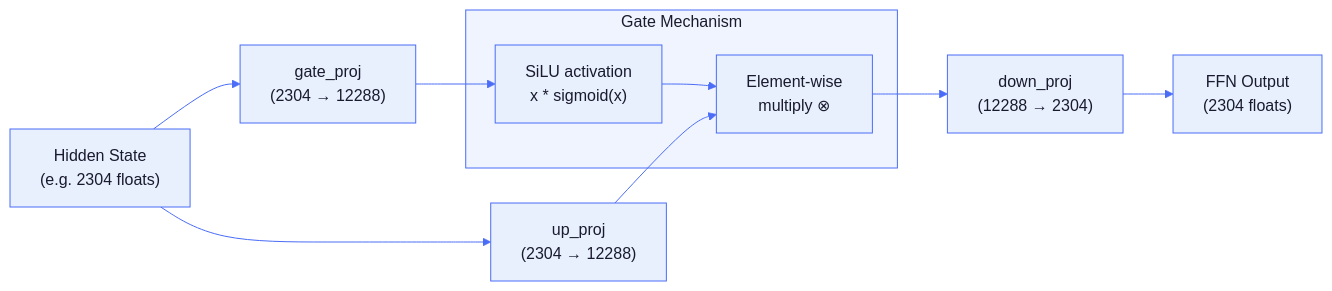
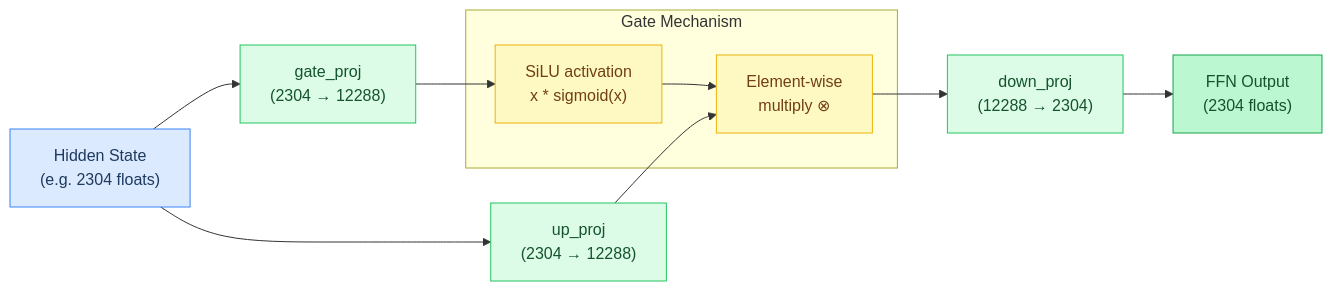
The first of 6 diagrams in docs/tutorial/03-feed-forward-networks.md (maci0/agave), drawn with Mermaid before and after one commit. The commit also changed other lines of this file and 24 other files, not shown here.

First line of the commit message:
docs: convert all mermaid diagrams to classDef semantic colors

````diff
--- a/docs/tutorial/03-feed-forward-networks.md
+++ b/docs/tutorial/03-feed-forward-networks.md
@@ -13,31 +13,30 @@
 ```mermaid
-%%{init: {'theme': 'base', 'themeVariables': {
-  'primaryColor': '#e8f0fe',
-  'primaryTextColor': '#1a1a2e',
-  'primaryBorderColor': '#4a6cf7',
-  'lineColor': '#4a6cf7',
-  'secondaryColor': '#f0f4ff',
-  'tertiaryColor': '#f8f9ff',
-  'edgeLabelBackground': '#ffffff',
-  'clusterBkg': '#f0f4ff',
-  'clusterBorder': '#4a6cf7',
-  'titleColor': '#1a1a2e',
-  'nodeTextColor': '#1a1a2e',
-  'fontFamily': 'ui-monospace, SFMono-Regular, monospace'
-}}}%%
 flowchart LR
-    Input["Hidden State\n(e.g. 2304 floats)"] --> Gate["gate_proj\n(2304 → 12288)"]
-    Input --> Up["up_proj\n(2304 → 12288)"]
+    classDef setup     fill:#dbeafe,stroke:#3b82f6,color:#1e3a5f
+    classDef sync      fill:#dcfce7,stroke:#22c55e,color:#14532d
+    classDef migration fill:#fef9c3,stroke:#eab308,color:#713f12
+    classDef success   fill:#bbf7d0,stroke:#16a34a,color:#14532d
+    classDef danger    fill:#fee2e2,stroke:#ef4444,color:#7f1d1d
+    classDef optional  fill:#f3e8ff,stroke:#9333ea,color:#581c87
 
-    Gate --> Act["SiLU activation\nx * sigmoid(x)"]
-    Act --> Mul["Element-wise\nmultiply ⊗"]
+    Input["Hidden State\n(e.g. 2304 floats)"]:::setup
+    Gate["gate_proj\n(2304 → 12288)"]:::sync
+    Up["up_proj\n(2304 → 12288)"]:::sync
+    Act["SiLU activation\nx * sigmoid(x)"]:::migration
+    Mul["Element-wise\nmultiply ⊗"]:::migration
+    Down["down_proj\n(12288 → 2304)"]:::sync
+    Output["FFN Output\n(2304 floats)"]:::success
+
+    Input --> Gate
+    Input --> Up
+    Gate --> Act
+    Act --> Mul
     Up --> Mul
-
-    Mul --> Down["down_proj\n(12288 → 2304)"]
-    Down --> Output["FFN Output\n(2304 floats)"]
+    Mul --> Down
+    Down --> Output
 
     subgraph Gate Mechanism
         Act
         Mul
     end
 ```
````
